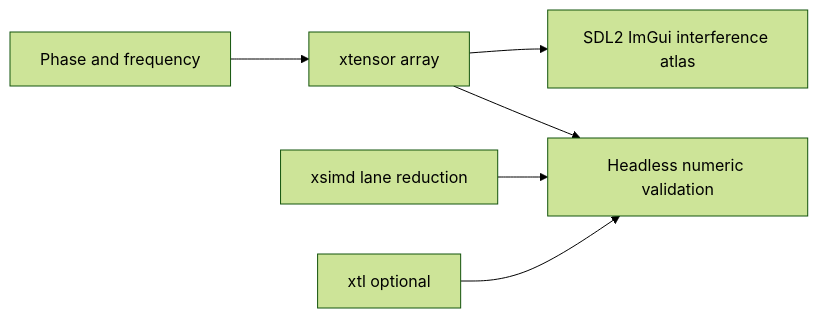
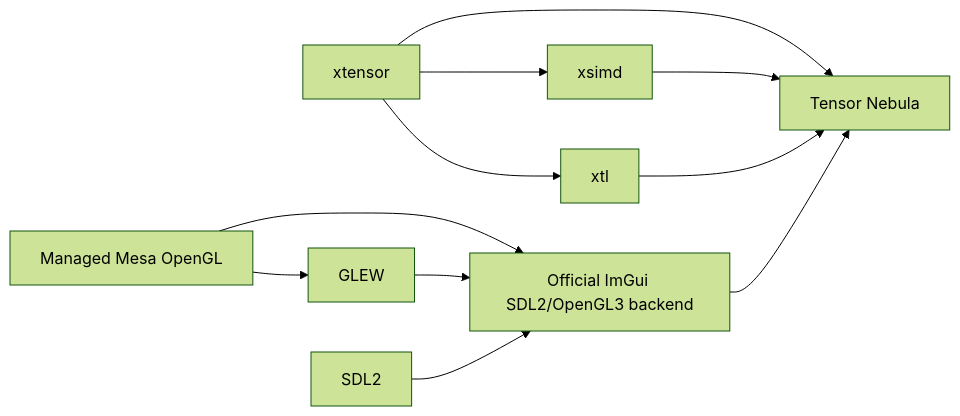
One commit to adeccscholar/BuildEngine-Tests changed the second of 2 diagrams in graphics/tensor-nebula/Description.md. Above: the diagram before and after it, drawn with Mermaid (forest theme). The commit also changed other lines of this file, not shown here.

Commit message:
Expand Tensor Nebula documentation with four wave models, MathJax, Mermaid, OpenGL rendering and F1/F11

````diff
--- a/graphics/tensor-nebula/Description.md
+++ b/graphics/tensor-nebula/Description.md
@@ -19,15 +113,13 @@
 ```mermaid
-
 flowchart LR
-
-   C[Phase and frequency] --> T[xtensor array]
-
-   T --> V[SDL2 ImGui interference atlas]
-
-   T --> Q[Headless numeric validation]
-
-   X[xsimd lane reduction] --> Q
-
-   O[xtl optional] --> Q
-
+   XT[xtensor] --> XTL[xtl]
+   XT --> XS[xsimd]
+   GL[Managed Mesa OpenGL] --> GW[GLEW]
+   GL --> UI[Official ImGui SDL2/OpenGL3 backend]
+   GW --> UI
+   SDL[SDL2] --> UI
+   XT --> APP[Tensor Nebula]
+   XS --> APP
+   XTL --> APP
+   UI --> APP
 ```
````
